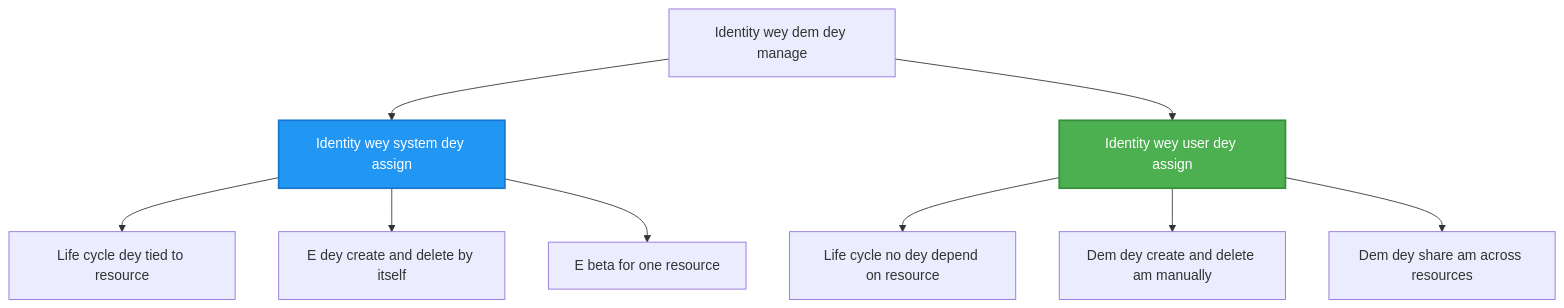
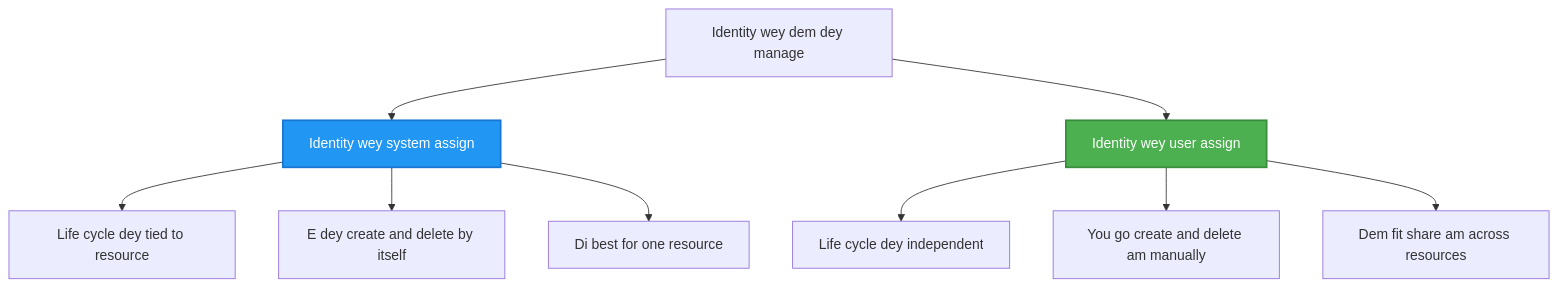
One commit to microsoft/AZD-for-beginners changed the second of 2 diagrams in translations/pcm/docs/chapter-03-configuration/authsecurity.md. Above: the diagram before and after it, drawn with Mermaid. The commit also changed other lines of this file and 101 other files, not shown here.

````diff
--- a/translations/pcm/docs/chapter-03-configuration/authsecurity.md
+++ b/translations/pcm/docs/chapter-03-configuration/authsecurity.md
@@ -97,20 +97,20 @@
 ```mermaid
 graph TB
     MI[Identity wey dem dey manage]
-    SystemAssigned[Identity wey system dey assign]
-    UserAssigned[Identity wey user dey assign]
+    SystemAssigned[Identity wey system assign]
+    UserAssigned[Identity wey user assign]
     
     MI --> SystemAssigned
     MI --> UserAssigned
     
     SystemAssigned --> SA1[Life cycle dey tied to resource]
     SystemAssigned --> SA2[E dey create and delete by itself]
-    SystemAssigned --> SA3[E beta for one resource]
+    SystemAssigned --> SA3[Di best for one resource]
     
-    UserAssigned --> UA1[Life cycle no dey depend on resource]
-    UserAssigned --> UA2[Dem dey create and delete am manually]
-    UserAssigned --> UA3[Dem dey share am across resources]
+    UserAssigned --> UA1[Life cycle dey independent]
+    UserAssigned --> UA2[You go create and delete am manually]
+    UserAssigned --> UA3[Dem fit share am across resources]
     
     style SystemAssigned fill:#2196F3,stroke:#1976D2,stroke-width:2px,color:#fff
     style UserAssigned fill:#4CAF50,stroke:#388E3C,stroke-width:2px,color:#fff
 ```
````
